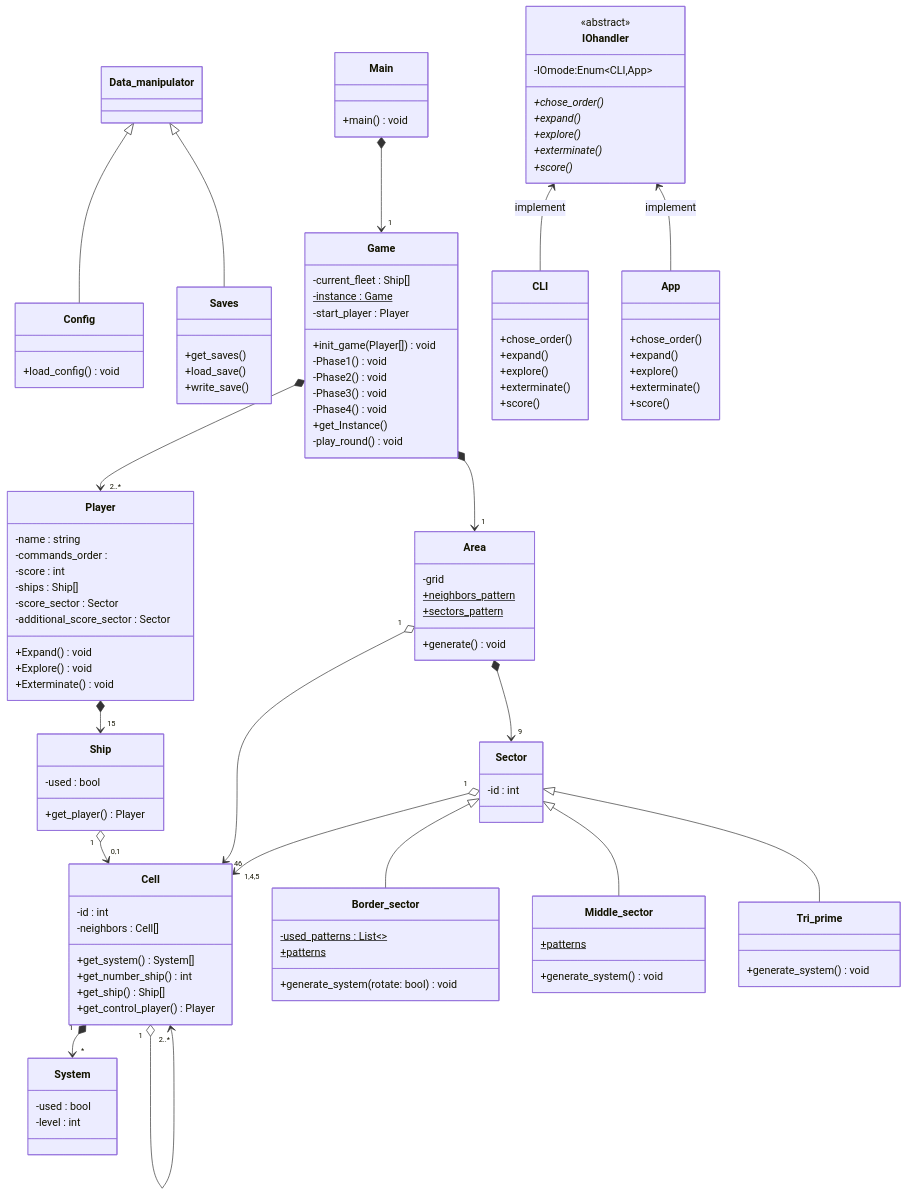
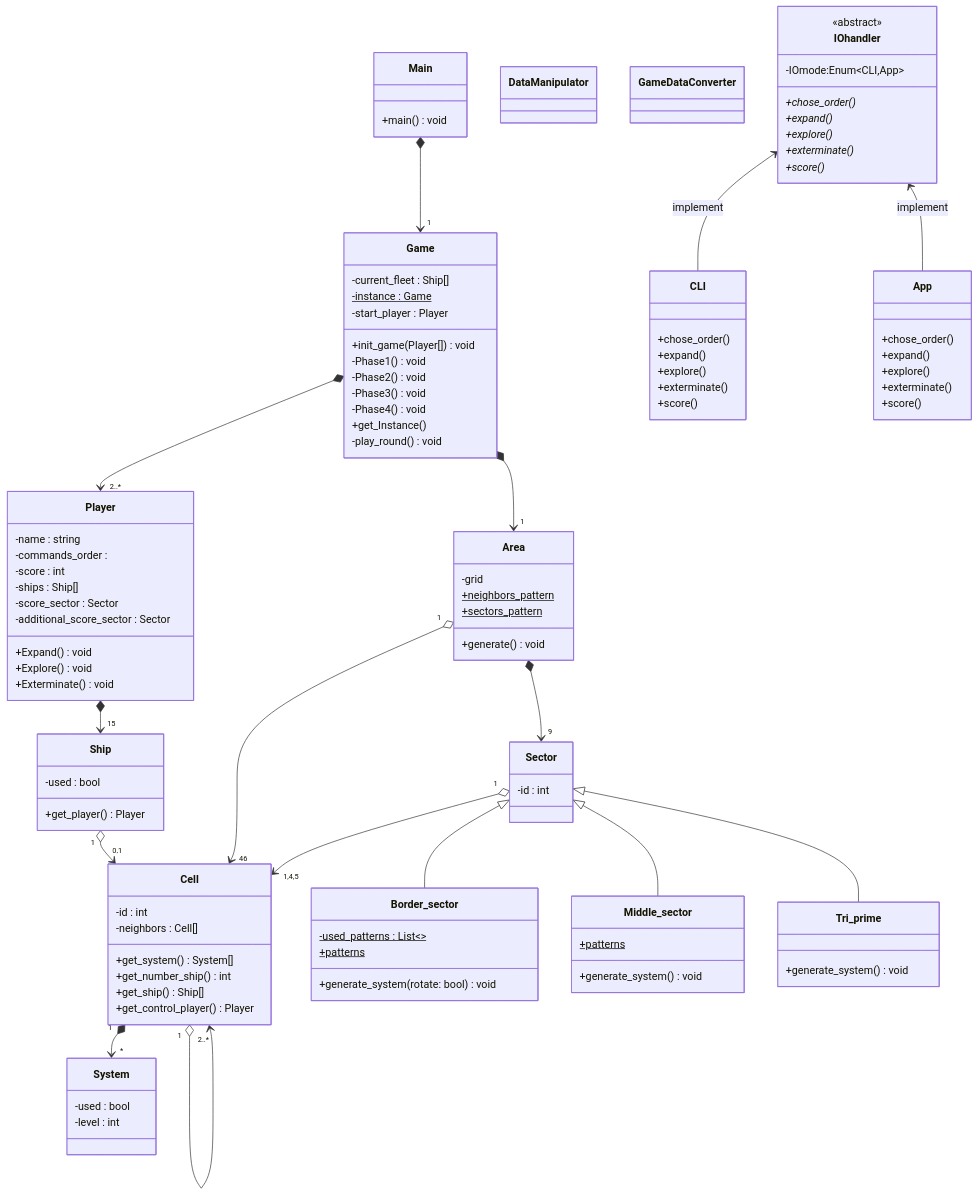
The diagram in UML/class.mermaid (LeoCholvy/PocketImperium), drawn with Mermaid before and after one commit. The commit also changed 10 other files, not shown here.

```diff
--- a/UML/class.mermaid
+++ b/UML/class.mermaid
@@ -1,120 +1,113 @@
 classDiagram
     class Main {
         +main() void
     }
-    class Data_manipulator {
+    class DataManipulator {
     }
-    class Config {
-        +load_config() void
+    class GameDataConverter {
+
     }
-    class Saves {
-        +get_saves()
-        +load_save()
-        +write_save()
-    }
-    Data_manipulator <|-- Config
-    Data_manipulator <|-- Saves
 
     class Game {
         +init_game(Player[]) void
         -current_fleet : Ship[]
         -Phase1() void
         -Phase2() void
         -Phase3() void
         -Phase4() void
         %% phase 4 pour la phase de score
         +get_Instance()
         -instance : Game$
         -play_round() void
         -start_player : Player
     }
     class Player {
         -name : string
         -commands_order :
         -score : int
         %% je sais pas quoi mettre en type
         -ships : Ship[]
         -score_sector : Sector
         -additional_score_sector : Sector
         +Expand() void
         +Explore() void
         +Exterminate() void
     }
     class Area {
         -grid
         +neighbors_pattern$
         +sectors_pattern$
         +generate() void
     }
     class Sector {
         -id : int
     }
     class Border_sector {
         -used_patterns : List~~$
         +patterns$
         +generate_system(rotate: bool) void
     }
     class Middle_sector {
         +patterns$
         +generate_system() void
         %% se rotate aléatoirement
     }
     class Tri_prime {
         +generate_system() void
     }
     class System {
         -used : bool
         -level : int
     }
     class Ship {
         -used : bool
         +get_player() Player
     }
     class Cell {
         -id : int
         -neighbors : Cell[]
         +get_system() System[]
         +get_number_ship() int
         +get_ship() Ship[]
         +get_control_player() Player
     }
 
     Game *--> "2..*" Player
     Game *--> "1" Area
     Main *--> "1" Game
     Area "1" o--> "46" Cell
     Sector "1" o--> "1,4,5" Cell
     Sector <|-- Border_sector
     Sector <|-- Middle_sector
     Sector <|-- Tri_prime
     Cell "1" *--> "*" System
     Player *--> "15" Ship
     Area *--> "9" Sector
     Ship "1" o--> "0,1" Cell
     Cell "1" o--> "2..*" Cell
 
     class IOhandler {
         <<abstract>>
         -IOmode:Enum~CLI,App~
         +chose_order()*
         +expand()*
         +explore()*
         +exterminate()*
         +score()*
     }
     class CLI {
         +chose_order()
         +expand()
         +explore()
         +exterminate()
         +score()
     }
     class App {
         +chose_order()
         +expand()
         +explore()
         +exterminate()
         +score()
     }
     IOhandler <-- CLI : implement
     IOhandler <-- App : implement
```
